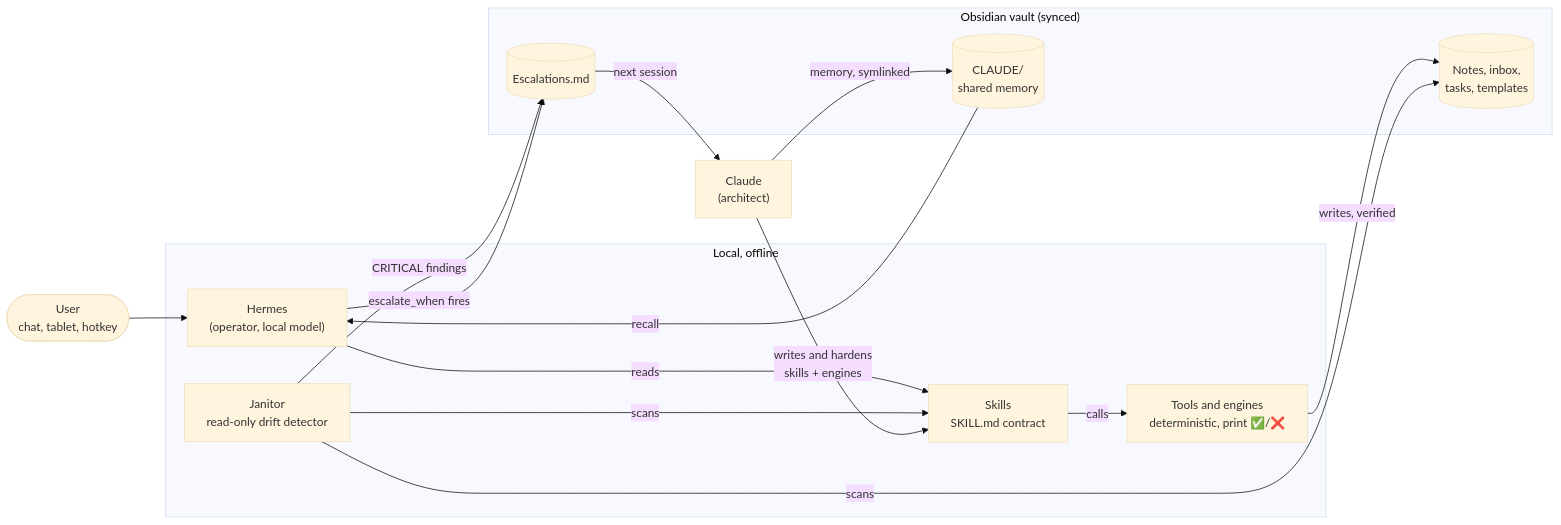
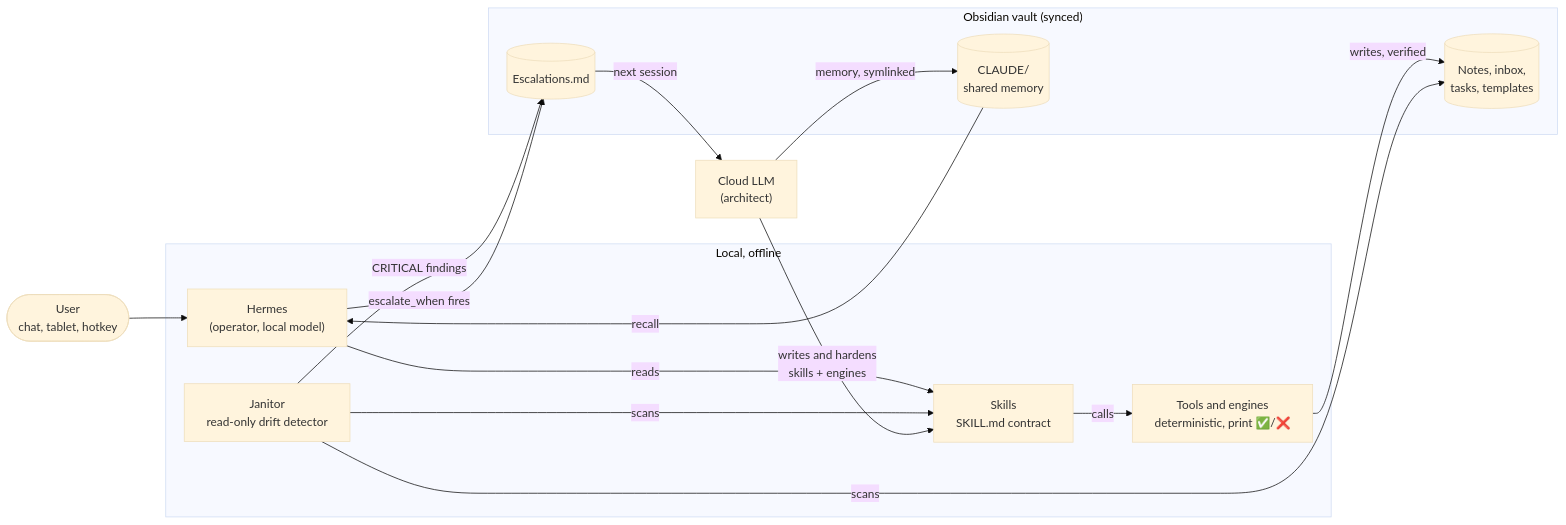
The diagram in README.md (CipherNovaa/agent-skills), drawn with Mermaid (base theme) before and after one commit. The commit also changed other lines of this file, not shown here.

First line of the commit message:
README: say cloud LLM, not a product name

````diff
--- a/README.md
+++ b/README.md
@@ -24,31 +24,31 @@
 ```mermaid
 flowchart LR
     U([User<br/>chat, tablet, hotkey]) --> H
 
     subgraph local["Local, offline"]
         H["Hermes<br/>(operator, local model)"]
         S["Skills<br/>SKILL.md contract"]
         T["Tools and engines<br/>deterministic, print ✅/❌"]
         J["Janitor<br/>read-only drift detector"]
         H -- reads --> S
         S -- calls --> T
     end
 
     subgraph vault["Obsidian vault (synced)"]
         N[(Notes, inbox,<br/>tasks, templates)]
         M[(CLAUDE/<br/>shared memory)]
         E[(Escalations.md)]
     end
 
     T -- writes, verified --> N
     J -- scans --> N
     J -- scans --> S
     J -- "CRITICAL findings" --> E
     H -- "escalate_when fires" --> E
 
-    C["Claude<br/>(architect)"]
+    C["Cloud LLM<br/>(architect)"]
     E -- next session --> C
     C -- "writes and hardens<br/>skills + engines" --> S
     C -- "memory, symlinked" --> M
     M -- recall --> H
 ```
````
